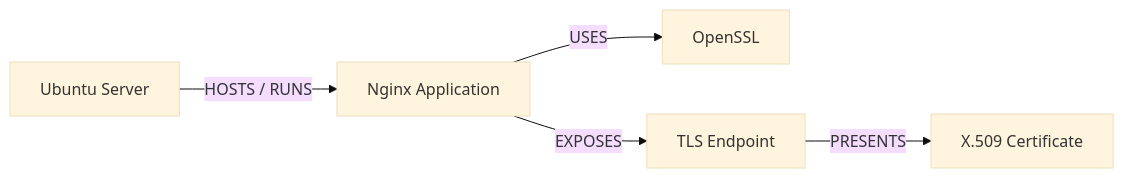
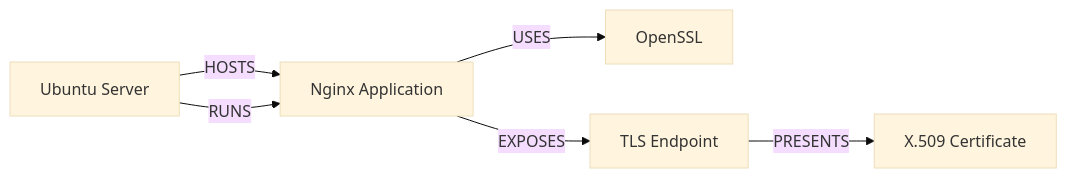
One commit to git-loa/cryptographic-inventory-pqc-risk-assessment changed the third of 7 diagrams in docs/architecture/domain/entity-relationships.md. Above: the diagram before and after it, drawn with Mermaid (base theme). The commit also changed other lines of this file, not shown here.

````diff
--- a/docs/architecture/domain/entity-relationships.md
+++ b/docs/architecture/domain/entity-relationships.md
@@ -48,13 +48,14 @@
 ```mermaid
 flowchart LR
     SERVER[Ubuntu Server]
     APP[Nginx Application]
     LIB[OpenSSL]
     ENDPOINT[TLS Endpoint]
     CERT[X.509 Certificate]
 
-    SERVER -->|HOSTS / RUNS| APP
+    SERVER -->|HOSTS| APP
+    SERVER -->|RUNS| APP
     APP -->|USES| LIB
     APP -->|EXPOSES| ENDPOINT
     ENDPOINT -->|PRESENTS| CERT
 ```
````
